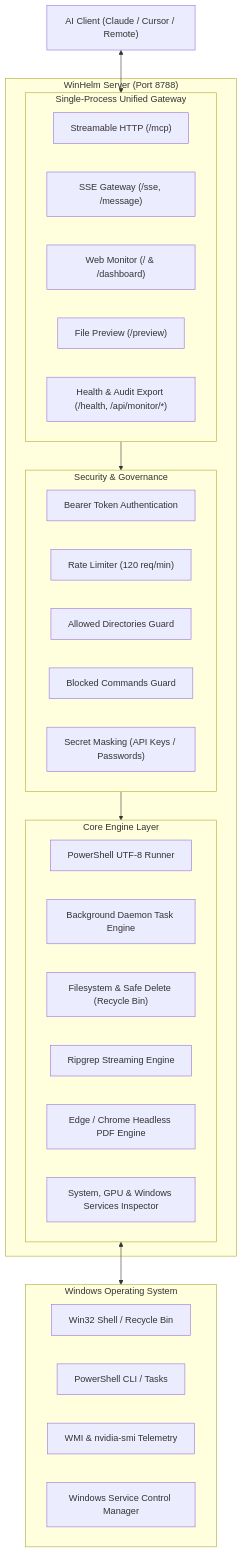
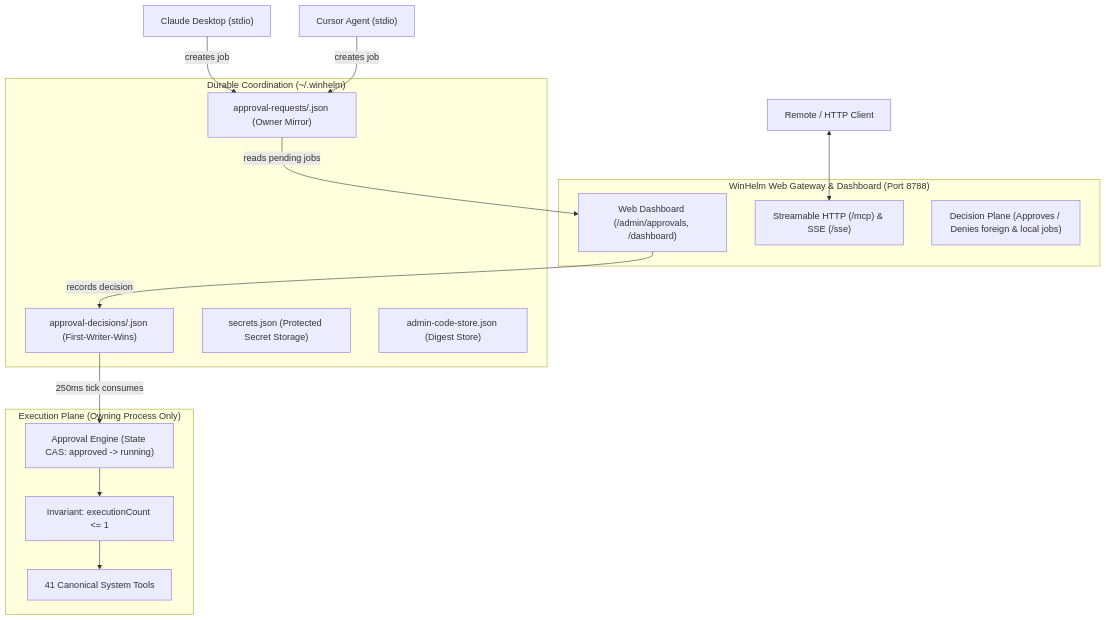
The diagram in README.md (dhammawatthumpra-coder/winhelm-mcp), drawn with Mermaid before and after one commit. The commit also changed other lines of this file, not shown here.

Commit message:
docs(readme): synchronize to v1.3 RC status, quick start, and governance

````diff
--- a/README.md
+++ b/README.md
@@ -88,43 +108,34 @@
 ```mermaid
 flowchart TD
-    Client["AI Client (Claude / Cursor / Remote)"]
+    Claude["Claude Desktop (stdio)"]
+    Cursor["Cursor Agent (stdio)"]
+    Remote["Remote / HTTP Client"]
 
-    subgraph WinHelm["WinHelm Server (Port 8788)"]
-        subgraph Gateway["Single-Process Unified Gateway"]
-            MCP_HTTP["Streamable HTTP (/mcp)"]
-            MCP_SSE["SSE Gateway (/sse, /message)"]
-            Dashboard["Web Monitor (/ & /dashboard)"]
-            PreviewUI["File Preview (/preview)"]
-            Health["Health & Audit Export (/health, /api/monitor/*)"]
-        end
-
-        subgraph Security["Security & Governance"]
-            AuthGuard["Bearer Token Authentication"]
-            RateLimit["Rate Limiter (120 req/min)"]
-            PathGuard["Allowed Directories Guard"]
-            CmdGuard["Blocked Commands Guard"]
-            Sanitizer["Secret Masking (API Keys / Passwords)"]
-        end
-
-        subgraph Engines["Core Engine Layer"]
-            PSEngine["PowerShell UTF-8 Runner"]
-            TaskEngine["Background Daemon Task Engine"]
-            FSEngine["Filesystem & Safe Delete (Recycle Bin)"]
-            SearchEngine["Ripgrep Streaming Engine"]
-            PDFEngine["Edge / Chrome Headless PDF Engine"]
-            SysEngine["System, GPU & Windows Services Inspector"]
-        end
+    subgraph Coordination["Durable Coordination (~/.winhelm)"]
+        ReqMirror["approval-requests/<jobId>.json (Owner Mirror)"]
+        DecMirror["approval-decisions/<jobId>.json (First-Writer-Wins)"]
+        SecStore["secrets.json (Protected Secret Storage)"]
+        AdminCode["admin-code-store.json (Digest Store)"]
     end
 
-    subgraph Windows["Windows Operating System"]
-        Win32["Win32 Shell / Recycle Bin"]
-        PowerShell["PowerShell CLI / Tasks"]
-        WMI_NVIDIA["WMI & nvidia-smi Telemetry"]
-        SCM["Windows Service Control Manager"]
+    subgraph Gateway["WinHelm Web Gateway & Dashboard (Port 8788)"]
+        Dashboard["Web Dashboard (/admin/approvals, /dashboard)"]
+        HTTPGateway["Streamable HTTP (/mcp) & SSE (/sse)"]
+        DecisionPlane["Decision Plane (Approves / Denies foreign & local jobs)"]
     end
 
-    Client <--> Gateway
-    Gateway --> Security
-    Security --> Engines
-    Engines <--> Windows
+    subgraph Execution["Execution Plane (Owning Process Only)"]
+        Engine["Approval Engine (State CAS: approved -> running)"]
+        ExecGuard["Invariant: executionCount <= 1"]
+        Tools["41 Canonical System Tools"]
+    end
+
+    Claude -->|creates job| ReqMirror
+    Cursor -->|creates job| ReqMirror
+    Remote <--> HTTPGateway
+
+    ReqMirror -->|reads pending jobs| Dashboard
+    Dashboard -->|records decision| DecMirror
+    DecMirror -->|250ms tick consumes| Engine
+    Engine --> ExecGuard --> Tools
 ```
````
